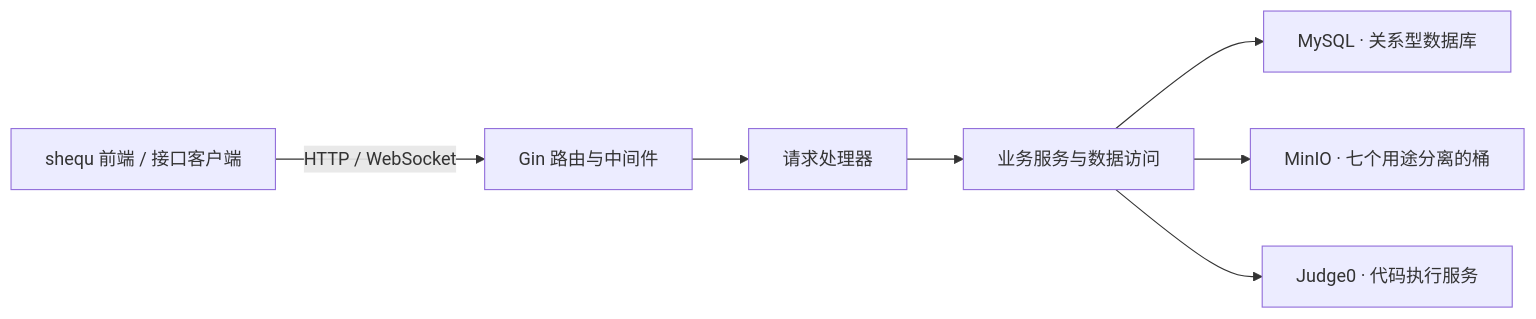
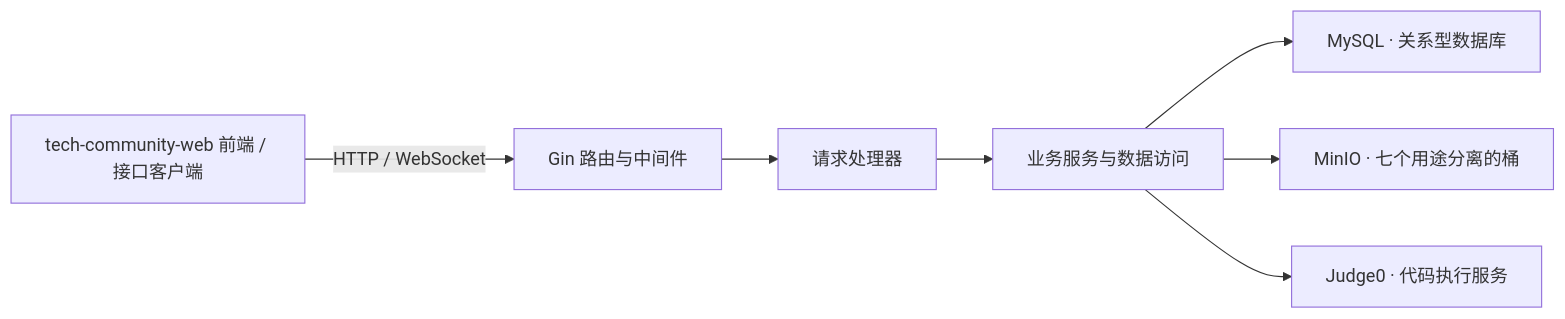
One commit to qihai-coding/tech-community-api changed the diagram in README.md. Above: the diagram before and after it, drawn with Mermaid. The commit also changed other lines of this file and 3 other files, not shown here.

````diff
--- a/README.md
+++ b/README.md
@@ -36,9 +36,9 @@
 ```mermaid
 flowchart LR
-    Client["shequ 前端 / 接口客户端"] -->|"HTTP / WebSocket"| Routes["Gin 路由与中间件"]
+    Client["tech-community-web 前端 / 接口客户端"] -->|"HTTP / WebSocket"| Routes["Gin 路由与中间件"]
     Routes --> Handlers["请求处理器"]
     Handlers --> Services["业务服务与数据访问"]
     Services --> DB["MySQL · 关系型数据库"]
     Services --> Storage["MinIO · 七个用途分离的桶"]
     Services --> Runner["Judge0 · 代码执行服务"]
 ```
````
